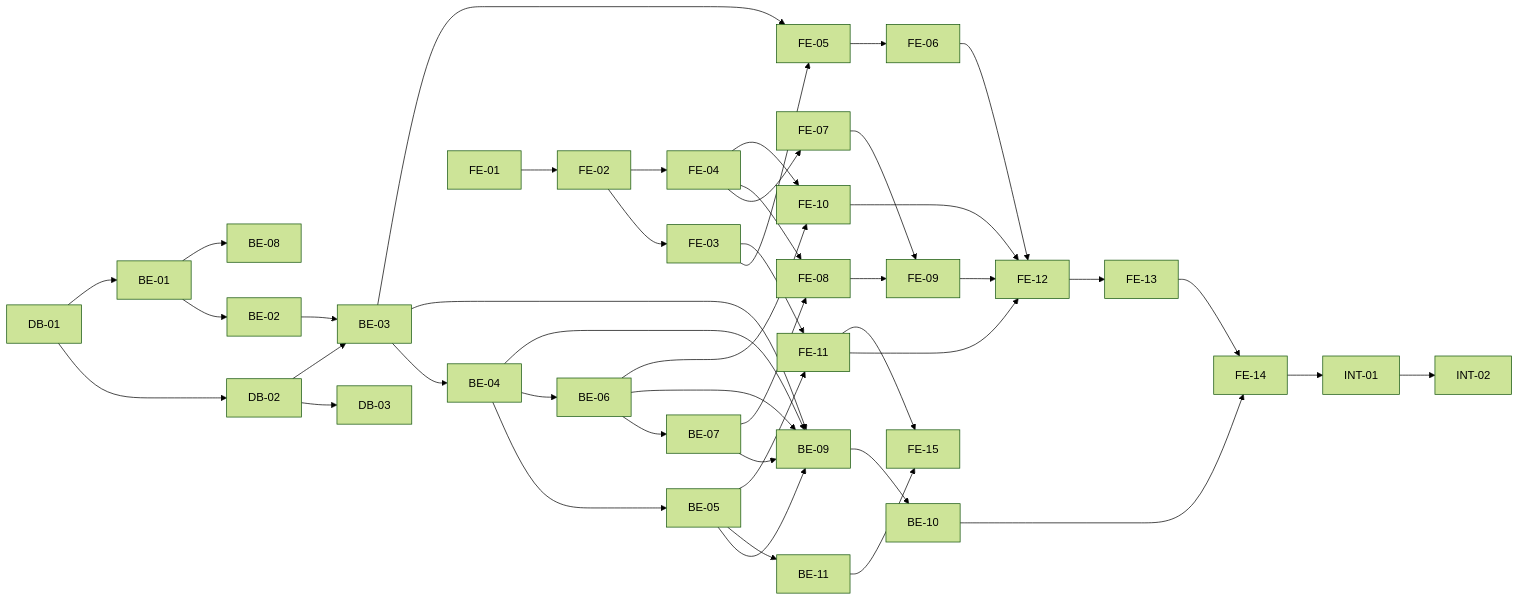
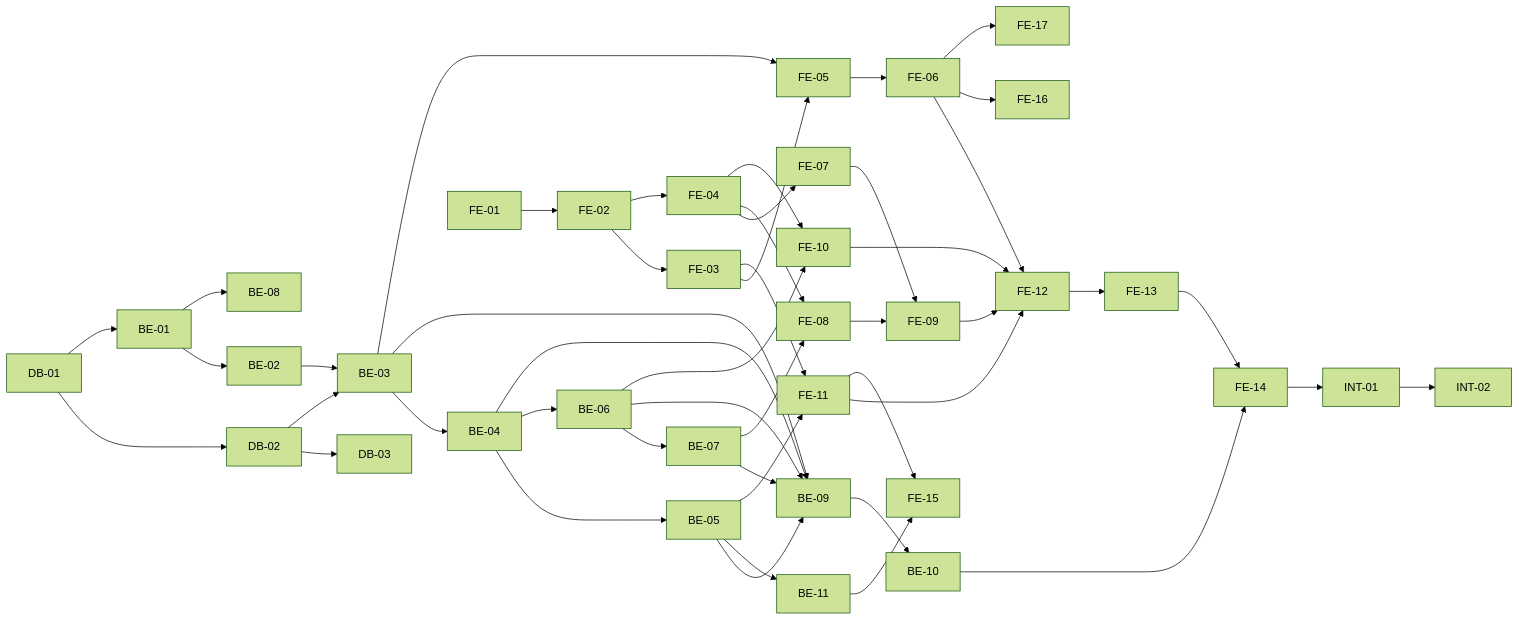
Before and after one commit to ga0-c1028/my_Todolist: the diagram in docs/8-plan.md, drawn with Mermaid (forest theme). The commit also changed other lines of this file and 38 other files, not shown here.

````diff
--- a/docs/8-plan.md
+++ b/docs/8-plan.md
@@ -430,29 +460,31 @@
 ```mermaid
 flowchart LR
     DB01[DB-01] --> DB02[DB-02] --> DB03[DB-03]
     DB01 --> BE01[BE-01] --> BE02[BE-02] --> BE03[BE-03] --> BE04[BE-04]
     DB02 --> BE03
     BE04 --> BE05[BE-05]
     BE04 --> BE06[BE-06] --> BE07[BE-07]
     BE01 --> BE08[BE-08]
     BE03 & BE04 & BE05 & BE06 & BE07 --> BE09[BE-09] --> BE10[BE-10]
     BE05 --> BE11[BE-11]
 
     FE01[FE-01] --> FE02[FE-02] --> FE03[FE-03]
     FE02 --> FE04[FE-04]
     FE03 --> FE05[FE-05] --> FE06[FE-06]
     BE03 --> FE05
     FE04 --> FE07[FE-07]
     FE04 --> FE08[FE-08]
     BE07 --> FE08
     FE07 & FE08 --> FE09[FE-09]
     FE04 --> FE10[FE-10]
     BE06 --> FE10
     FE03 --> FE11[FE-11]
     BE05 --> FE11
     FE06 & FE09 & FE10 & FE11 --> FE12[FE-12] --> FE13[FE-13] --> FE14[FE-14]
     BE10 --> FE14
     FE11 & BE11 --> FE15[FE-15]
+    FE06 --> FE16[FE-16]
+    FE06 --> FE17[FE-17]
 
     FE14 --> INT01[INT-01] --> INT02[INT-02]
 ```
````
